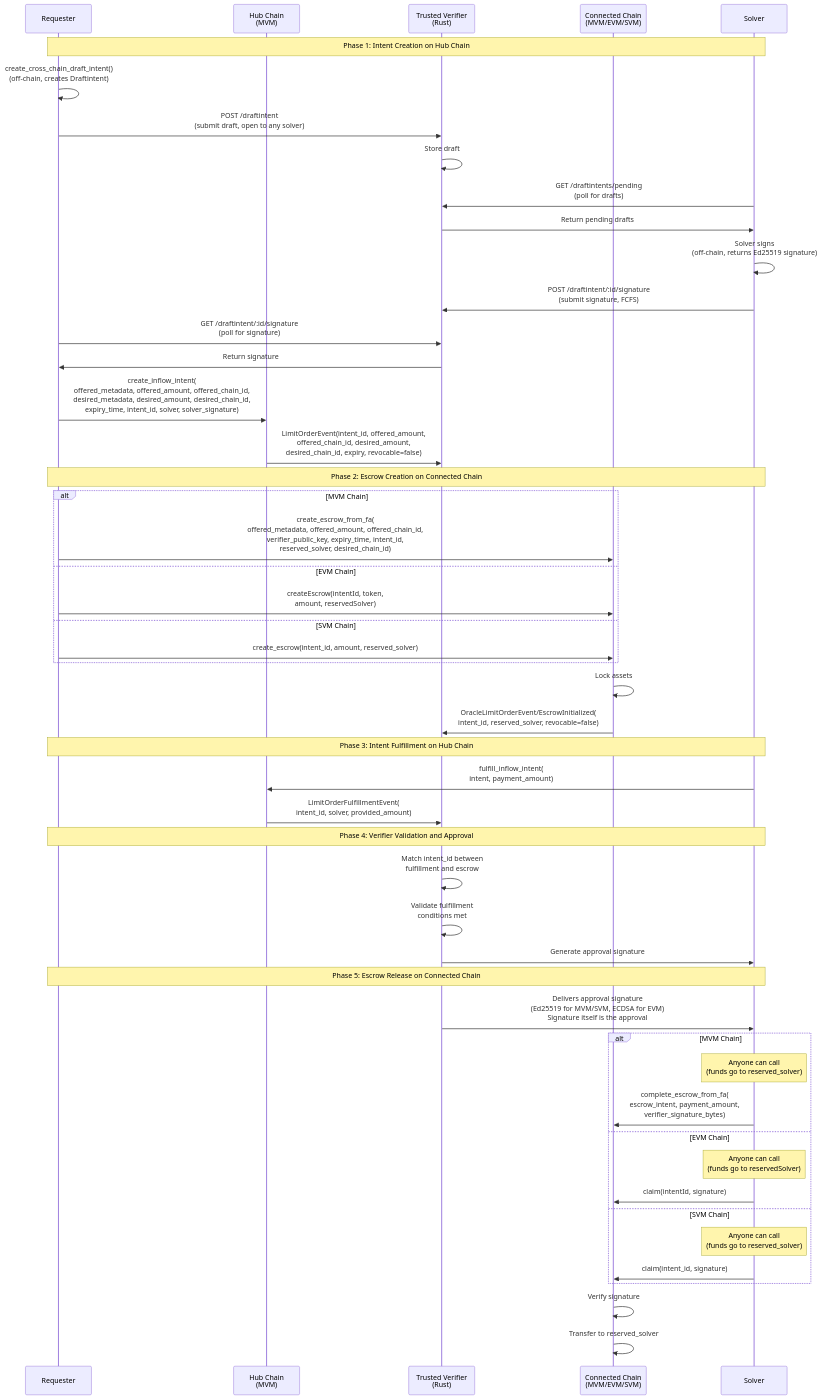
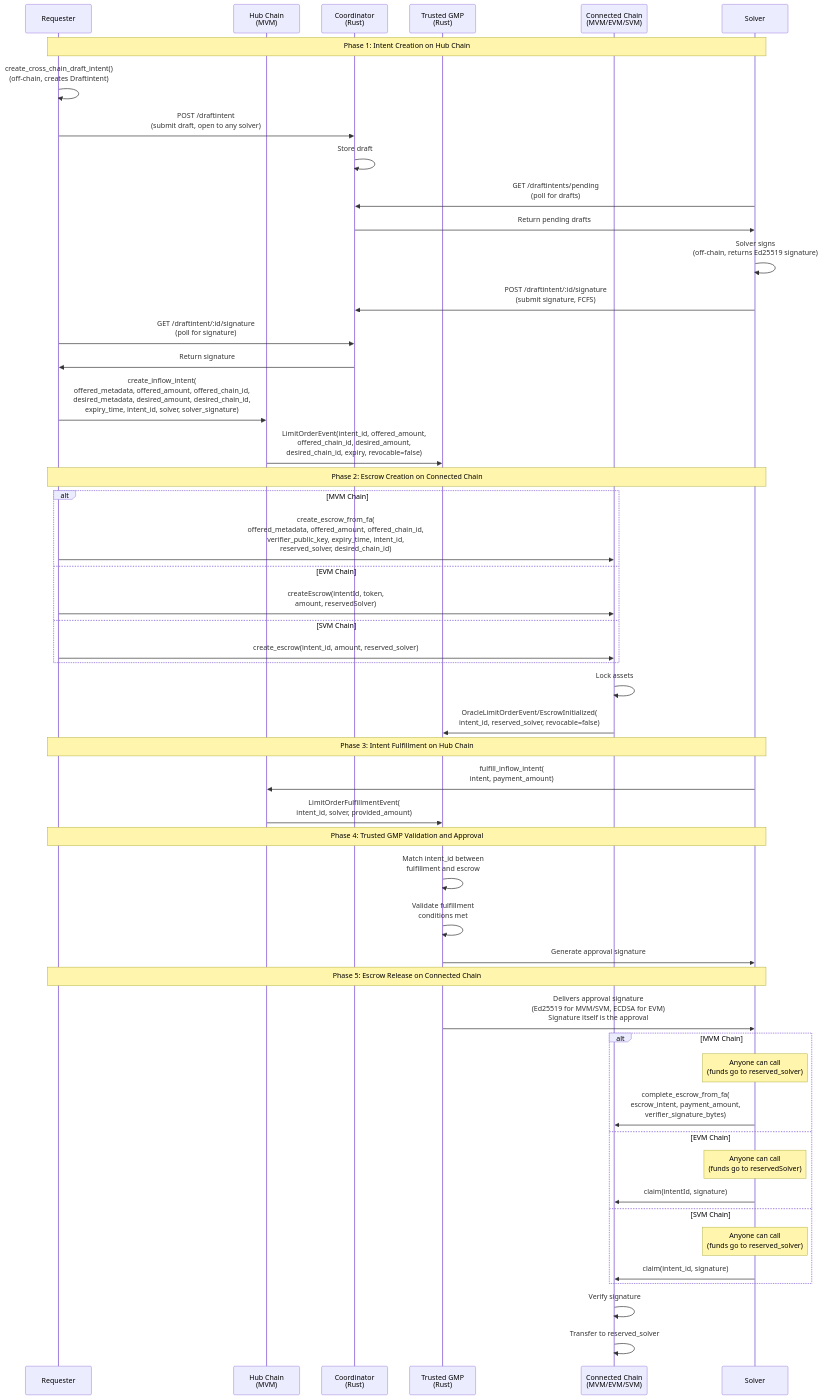
Before and after one commit to MoveIndustries/int3nts: the first of 4 diagrams in docs/protocol.md, drawn with Mermaid. The commit also changed other lines of this file and 29 other files, not shown here.

First line of the commit message:
docs: split verifier docs into coordinator and trusted-gmp

````diff
--- a/docs/protocol.md
+++ b/docs/protocol.md
@@ -28,56 +29,57 @@
 ```mermaid
 sequenceDiagram
     participant Requester
     participant Hub as Hub Chain<br/>(MVM)
-    participant Verifier as Trusted Verifier<br/>(Rust)
+    participant Coordinator as Coordinator<br/>(Rust)
+    participant TrustedGMP as Trusted GMP<br/>(Rust)
     participant Connected as Connected Chain<br/>(MVM/EVM/SVM)
     participant Solver
 
     Note over Requester,Solver: Phase 1: Intent Creation on Hub Chain
     Requester->>Requester: create_cross_chain_draft_intent()<br/>(off-chain, creates Draftintent)
-    Requester->>Verifier: POST /draftintent<br/>(submit draft, open to any solver)
-    Verifier->>Verifier: Store draft
-    Solver->>Verifier: GET /draftintents/pending<br/>(poll for drafts)
-    Verifier->>Solver: Return pending drafts
+    Requester->>Coordinator: POST /draftintent<br/>(submit draft, open to any solver)
+    Coordinator->>Coordinator: Store draft
+    Solver->>Coordinator: GET /draftintents/pending<br/>(poll for drafts)
+    Coordinator->>Solver: Return pending drafts
     Solver->>Solver: Solver signs<br/>(off-chain, returns Ed25519 signature)
-    Solver->>Verifier: POST /draftintent/:id/signature<br/>(submit signature, FCFS)
-    Requester->>Verifier: GET /draftintent/:id/signature<br/>(poll for signature)
-    Verifier->>Requester: Return signature
+    Solver->>Coordinator: POST /draftintent/:id/signature<br/>(submit signature, FCFS)
+    Requester->>Coordinator: GET /draftintent/:id/signature<br/>(poll for signature)
+    Coordinator->>Requester: Return signature
     Requester->>Hub: create_inflow_intent(<br/>offered_metadata, offered_amount, offered_chain_id,<br/>desired_metadata, desired_amount, desired_chain_id,<br/>expiry_time, intent_id, solver, solver_signature)
-    Hub->>Verifier: LimitOrderEvent(intent_id, offered_amount,<br/>offered_chain_id, desired_amount,<br/>desired_chain_id, expiry, revocable=false)
+    Hub->>TrustedGMP: LimitOrderEvent(intent_id, offered_amount,<br/>offered_chain_id, desired_amount,<br/>desired_chain_id, expiry, revocable=false)
 
     Note over Requester,Solver: Phase 2: Escrow Creation on Connected Chain
     alt MVM Chain
         Requester->>Connected: create_escrow_from_fa(<br/>offered_metadata, offered_amount, offered_chain_id,<br/>verifier_public_key, expiry_time, intent_id,<br/>reserved_solver, desired_chain_id)
     else EVM Chain
         Requester->>Connected: createEscrow(intentId, token,<br/>amount, reservedSolver)
     else SVM Chain
         Requester->>Connected: create_escrow(intent_id, amount, reserved_solver)
     end
     Connected->>Connected: Lock assets
-    Connected->>Verifier: OracleLimitOrderEvent/EscrowInitialized(<br/>intent_id, reserved_solver, revocable=false)
+    Connected->>TrustedGMP: OracleLimitOrderEvent/EscrowInitialized(<br/>intent_id, reserved_solver, revocable=false)
 
     Note over Requester,Solver: Phase 3: Intent Fulfillment on Hub Chain
     Solver->>Hub: fulfill_inflow_intent(<br/>intent, payment_amount)
-    Hub->>Verifier: LimitOrderFulfillmentEvent(<br/>intent_id, solver, provided_amount)
+    Hub->>TrustedGMP: LimitOrderFulfillmentEvent(<br/>intent_id, solver, provided_amount)
 
-    Note over Requester,Solver: Phase 4: Verifier Validation and Approval
-    Verifier->>Verifier: Match intent_id between<br/>fulfillment and escrow
-    Verifier->>Verifier: Validate fulfillment<br/>conditions met
-    Verifier->>Solver: Generate approval signature
+    Note over Requester,Solver: Phase 4: Trusted GMP Validation and Approval
+    TrustedGMP->>TrustedGMP: Match intent_id between<br/>fulfillment and escrow
+    TrustedGMP->>TrustedGMP: Validate fulfillment<br/>conditions met
+    TrustedGMP->>Solver: Generate approval signature
 
     Note over Requester,Solver: Phase 5: Escrow Release on Connected Chain
-    Verifier->>Solver: Delivers approval signature<br/>(Ed25519 for MVM/SVM, ECDSA for EVM)<br/>Signature itself is the approval
+    TrustedGMP->>Solver: Delivers approval signature<br/>(Ed25519 for MVM/SVM, ECDSA for EVM)<br/>Signature itself is the approval
     alt MVM Chain
         Note over Solver: Anyone can call<br/>(funds go to reserved_solver)
         Solver->>Connected: complete_escrow_from_fa(<br/>escrow_intent, payment_amount,<br/>verifier_signature_bytes)
     else EVM Chain
         Note over Solver: Anyone can call<br/>(funds go to reservedSolver)
         Solver->>Connected: claim(intentId, signature)
     else SVM Chain
         Note over Solver: Anyone can call<br/>(funds go to reserved_solver)
         Solver->>Connected: claim(intent_id, signature)
     end
     Connected->>Connected: Verify signature
     Connected->>Connected: Transfer to reserved_solver
 ```
````
